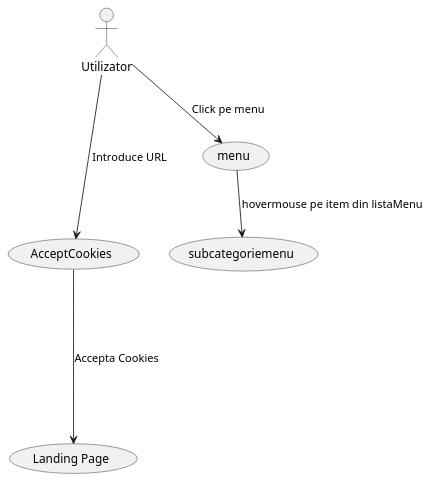
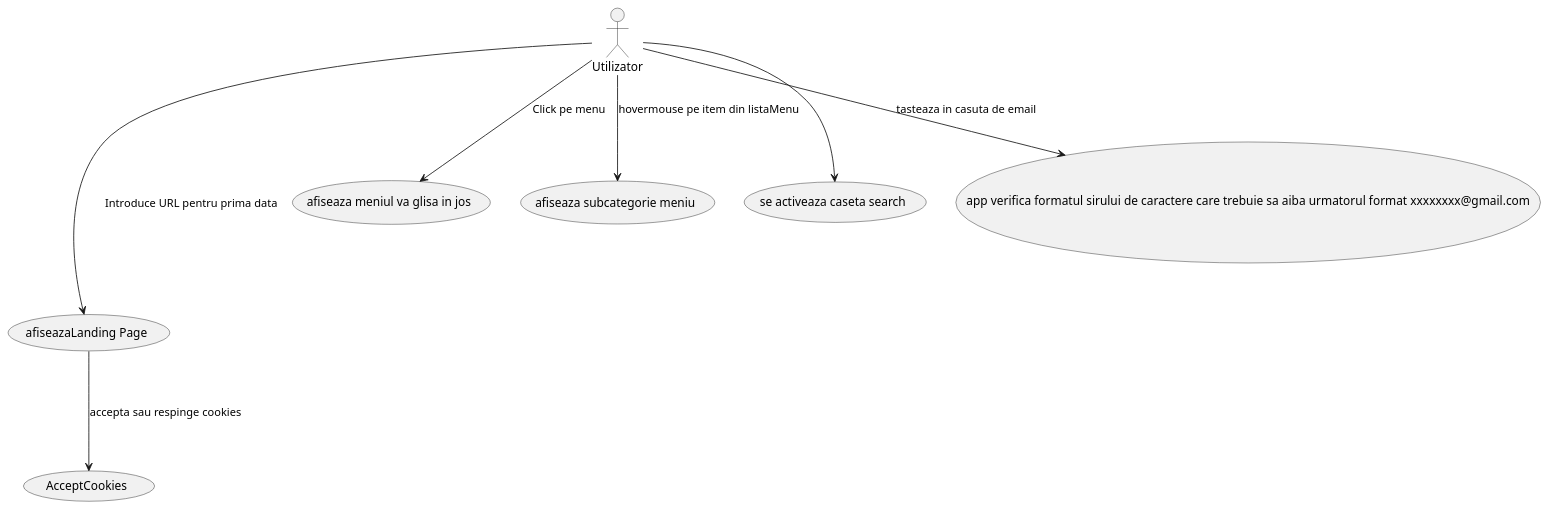
One commit to mih1tm/APP_PROTOTIP changed the diagram in UseCase.puml. Above: the diagram before and after it, drawn with PlantUML.

```diff
--- a/UseCase.puml
+++ b/UseCase.puml
@@ -1,16 +1,23 @@
 @startuml
 'https://plantuml.com/use-case-diagram
 
 :Utilizator: as user
 
-user ---> (AcceptCookies) : Introduce URL
-(AcceptCookies) ----> (Landing Page) : Accepta Cookies
+user ---> (afiseazaLanding Page) : Introduce URL pentru prima data
 
-user --> (menu) : Click pe menu
-(menu) --> (subcategoriemenu) : hovermouse pe item din listaMenu
+(afiseazaLanding Page) ---> (AcceptCookies) : accepta sau respinge cookies
+
+
+user --> (afiseaza meniul va glisa in jos) : Click pe menu
+
+user --> (afiseaza subcategorie meniu) : hovermouse pe item din listaMenu
+
+user --> (se activeaza caseta search)
+
+user --> (app verifica formatul sirului de caractere care trebuie sa aiba urmatorul format xxxxxxxx@gmail.com) : tasteaza in casuta de email
 
 
 
 
 
 @enduml
```
